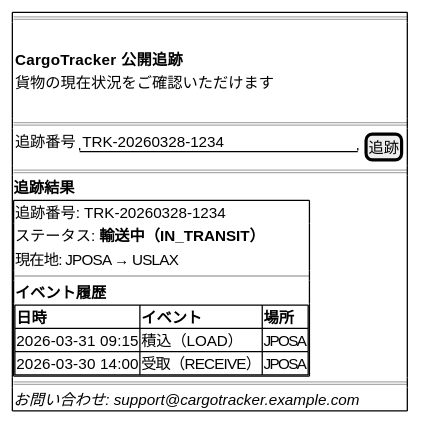
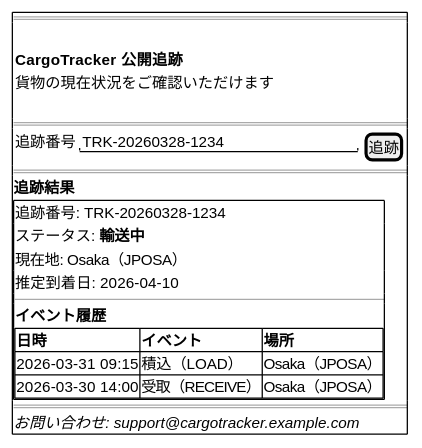
Before and after one commit to k2works/case-study-cargo-tracker: diagram 18 of 18 in docs/design/ui_design.md, drawn with PlantUML. The commit also changed other lines of this file and 16 other files, not shown here.

````diff
--- a/docs/design/ui_design.md
+++ b/docs/design/ui_design.md
@@ -994,33 +994,34 @@
 ```plantuml
 @startsalt
 {+
   ==
   {
     .
     <b>CargoTracker 公開追跡</b>
     貨物の現在状況をご確認いただけます
     .
   }
   ==
   {
     追跡番号 | "TRK-20260328-1234          " | [追跡]
   }
   ==
   <b>追跡結果</b>
   {+
     追跡番号: TRK-20260328-1234
-    ステータス: <b>輸送中（IN_TRANSIT）</b>
-    現在地: JPOSA → USLAX
+    ステータス: <b>輸送中</b>
+    現在地: Osaka（JPOSA）
+    推定到着日: 2026-04-10
     ----
     <b>イベント履歴</b>
     {#
       **日時** | **イベント** | **場所**
-      2026-03-31 09:15 | 積込（LOAD） | JPOSA
-      2026-03-30 14:00 | 受取（RECEIVE） | JPOSA
+      2026-03-31 09:15 | 積込（LOAD） | Osaka（JPOSA）
+      2026-03-30 14:00 | 受取（RECEIVE） | Osaka（JPOSA）
     }
   }
   ==
   <i>お問い合わせ: support@cargotracker.example.com</i>
 }
 @endsalt
 ```
````
